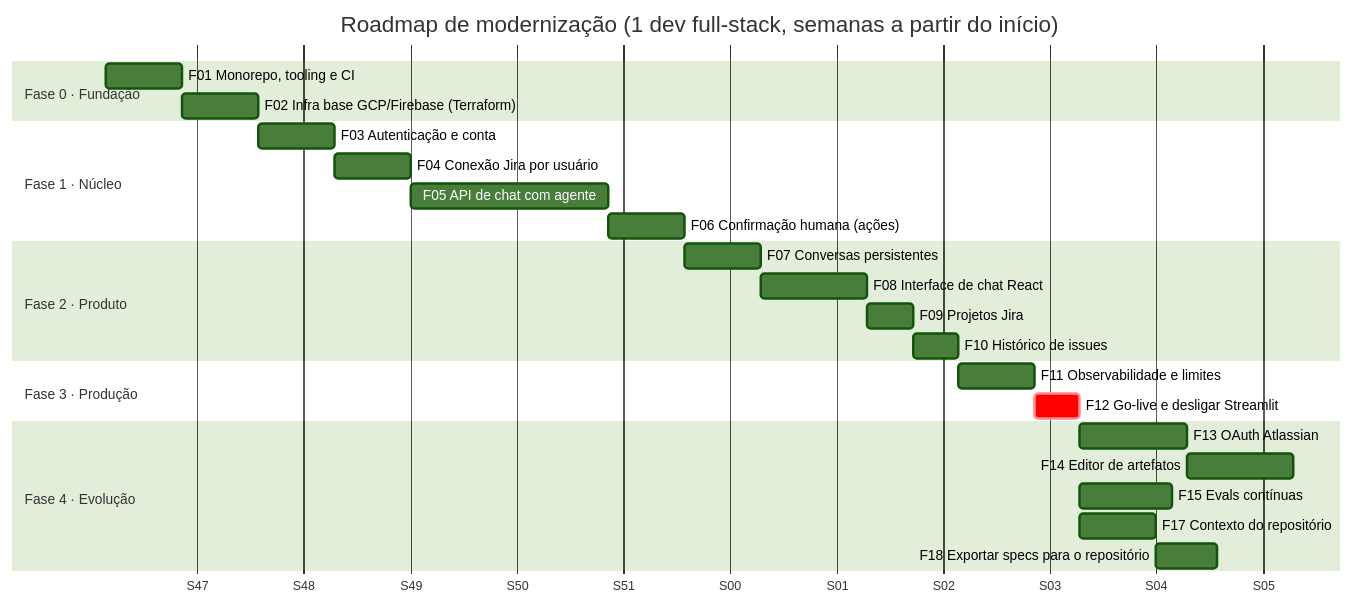
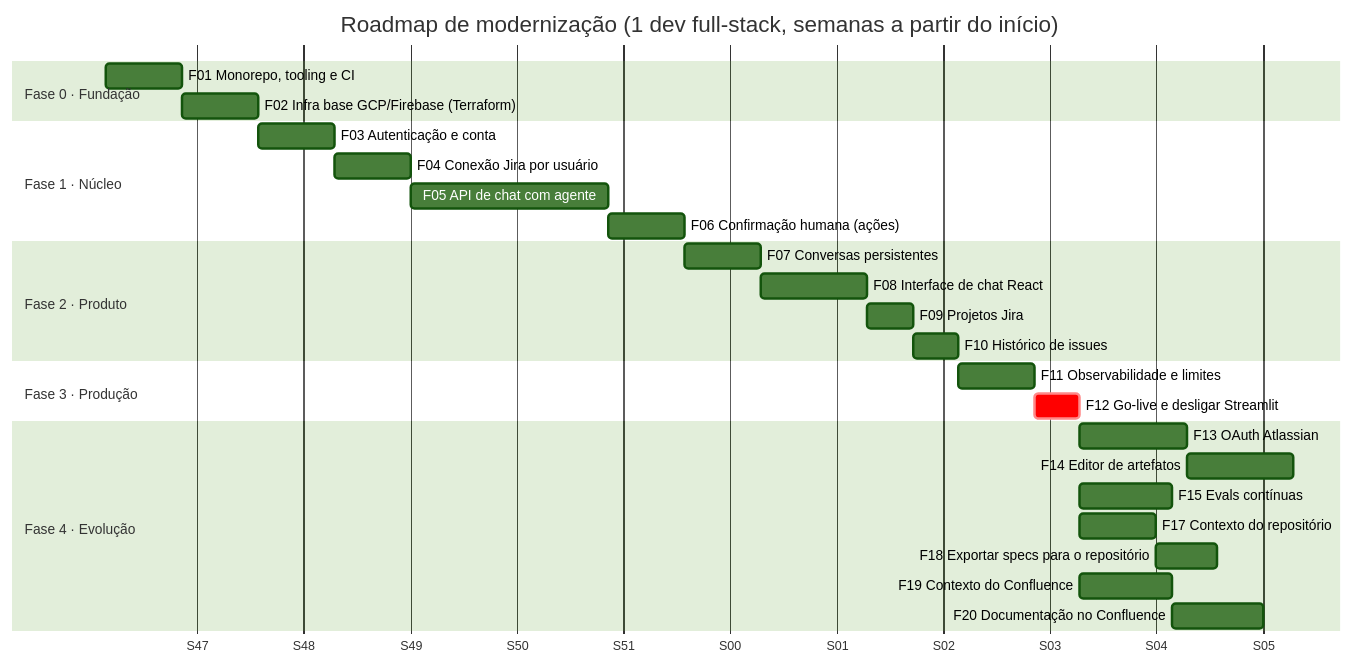
Before and after one commit to micaelleos/FunctionalAgent: the first of 2 diagrams in specs/ROADMAP.md, drawn with Mermaid (forest theme). The commit also changed other lines of this file and 18 other files, not shown here.

First line of the commit message:
docs(F19/F20): Confluence como documentação do projeto e metodologia SpecFlow

````diff
--- a/specs/ROADMAP.md
+++ b/specs/ROADMAP.md
@@ -50,28 +56,30 @@
 ```mermaid
 gantt
     title Roadmap de modernização (1 dev full-stack, semanas a partir do início)
     dateFormat  YYYY-MM-DD
     axisFormat  S%W
     section Fase 0 · Fundação
     F01 Monorepo, tooling e CI            :f01, 2026-11-23, 5d
     F02 Infra base GCP/Firebase (Terraform):f02, after f01, 5d
     section Fase 1 · Núcleo
     F03 Autenticação e conta               :f03, after f02, 5d
     F04 Conexão Jira por usuário           :f04, after f03, 5d
     F05 API de chat com agente             :f05, after f04, 12.5d
     F06 Confirmação humana (ações)         :f06, after f05, 5d
     section Fase 2 · Produto
     F07 Conversas persistentes             :f07, after f06, 5d
     F08 Interface de chat React            :f08, after f07, 7d
     F09 Projetos Jira                      :f09, after f08, 3d
     F10 Histórico de issues                :f10, after f09, 3d
     section Fase 3 · Produção
     F11 Observabilidade e limites          :f11, after f10, 5d
     F12 Go-live e desligar Streamlit       :crit, f12, after f11, 3d
     section Fase 4 · Evolução
     F13 OAuth Atlassian                    :f13, after f12, 7d
     F14 Editor de artefatos                :f14, after f13, 7d
     F15 Evals contínuas                    :f15, after f12, 6d
     F17 Contexto do repositório            :f17, after f12, 5d
     F18 Exportar specs para o repositório  :f18, after f17, 4d
+    F19 Contexto do Confluence             :f19, after f12, 6d
+    F20 Documentação no Confluence         :f20, after f19, 6d
 ```
````
